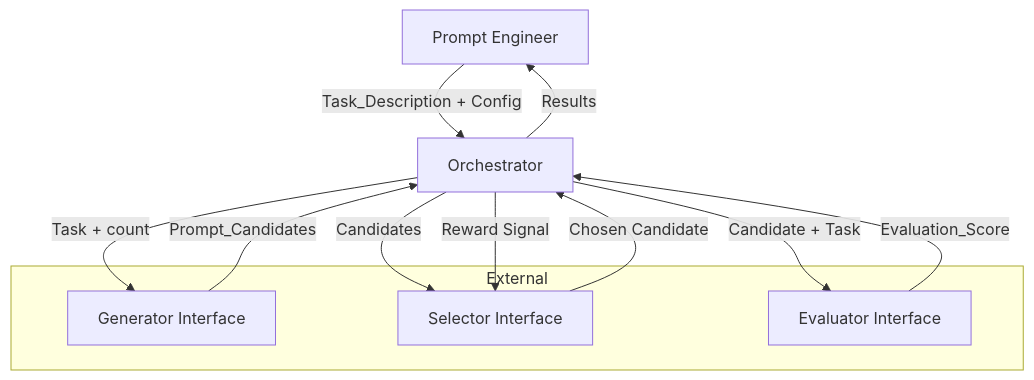
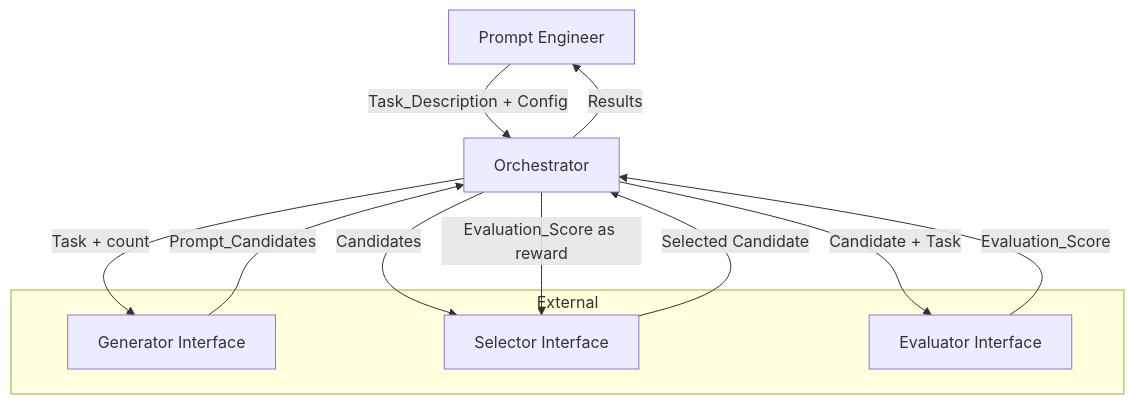
The first of 2 diagrams in .kiro/specs/prompt-optimization-orchestrator/design.md (anipmehta/prompt-optimization-system), drawn with Mermaid before and after one commit. The commit also changed other lines of this file and 2 other files, not shown here.

First line of the commit message:
Update spec docs: rename chosen_candidate to selected_candidate, add retry_limit validation, clarify reward flow

````diff
--- a/.kiro/specs/prompt-optimization-orchestrator/design.md
+++ b/.kiro/specs/prompt-optimization-orchestrator/design.md
@@ -17,18 +17,18 @@
 ```mermaid
 graph TD
     User[Prompt Engineer] -->|Task_Description + Config| Orch[Orchestrator]
     Orch -->|Task + count| Gen[Generator Interface]
     Gen -->|Prompt_Candidates| Orch
     Orch -->|Candidates| Sel[Selector Interface]
-    Sel -->|Chosen Candidate| Orch
+    Sel -->|Selected Candidate| Orch
     Orch -->|Candidate + Task| Eval[Evaluator Interface]
     Eval -->|Evaluation_Score| Orch
-    Orch -->|Reward Signal| Sel
+    Orch -->|Evaluation_Score as reward| Sel
     Orch -->|Results| User
 
     subgraph External
         Gen
         Sel
         Eval
     end
 ```
````
